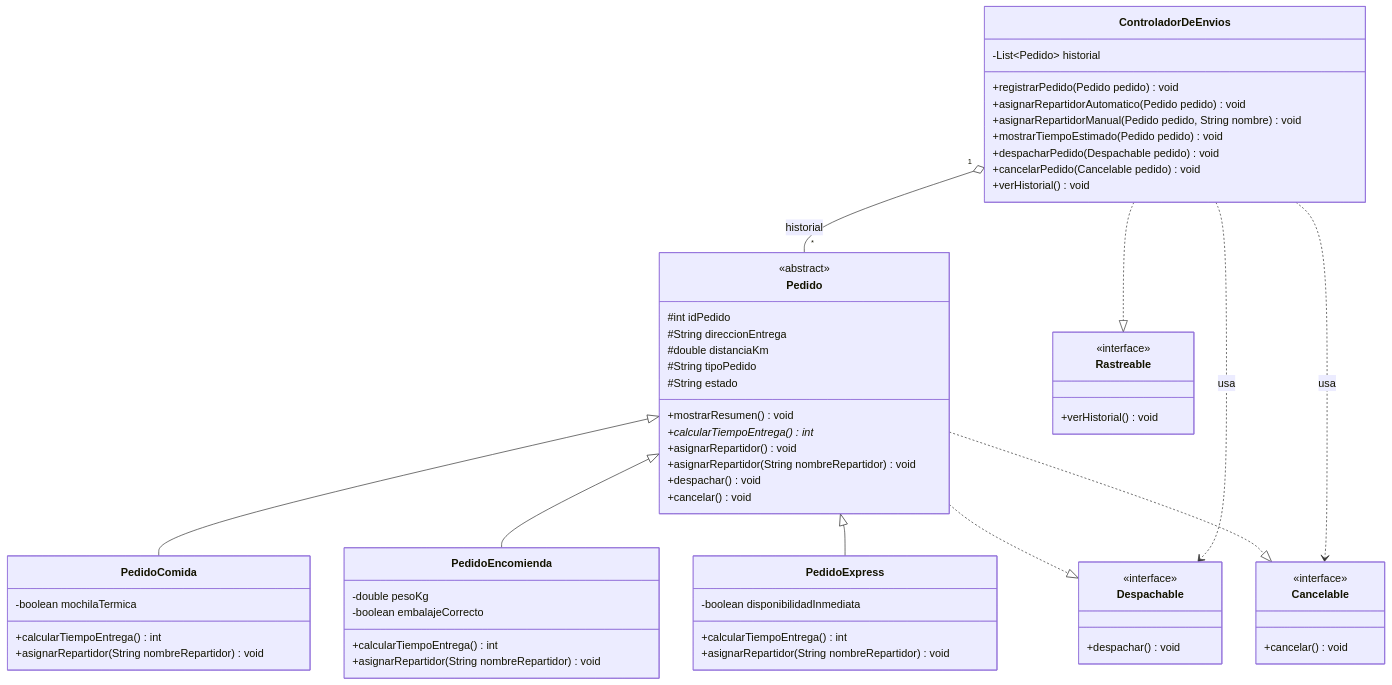
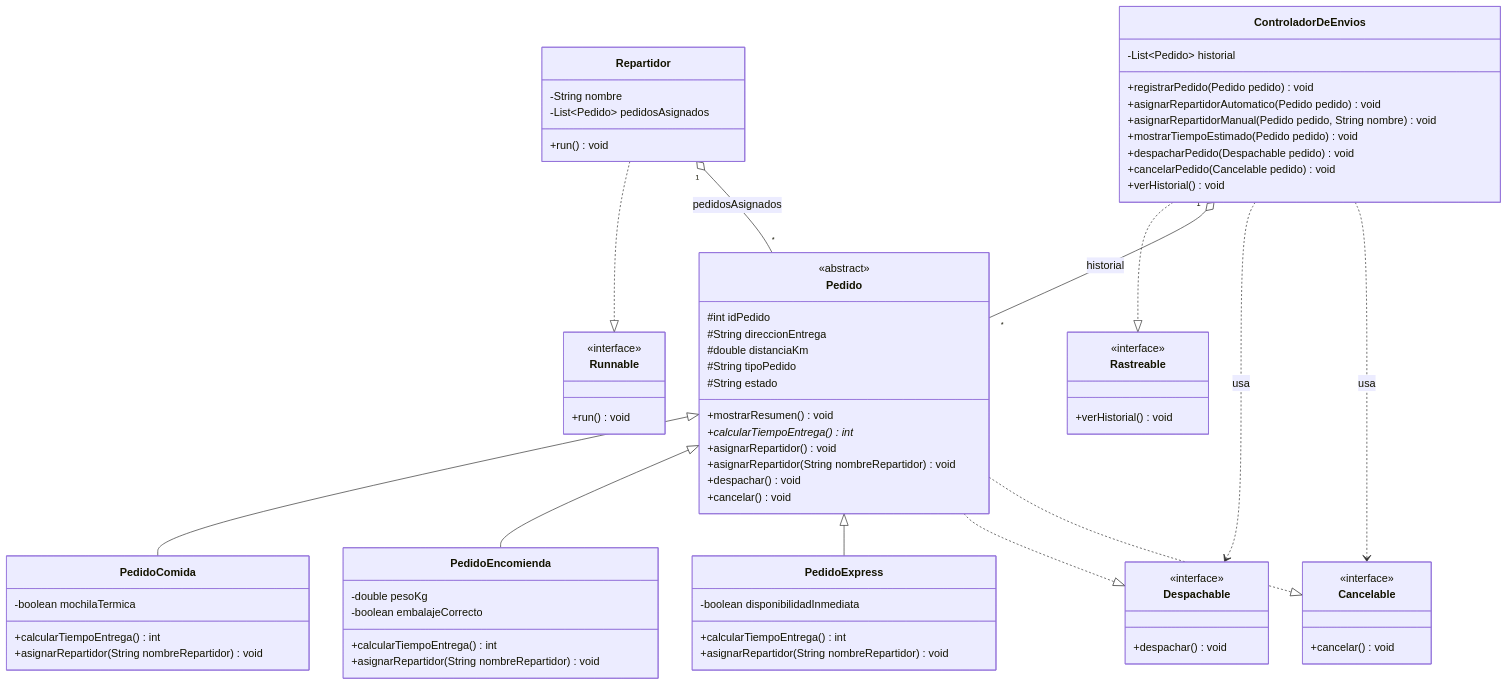
The diagram in README.md (SobrinoDev/Semana5_DesarrolloOrientado_a_Objetos2_GabrielUrra), drawn with Mermaid before and after one commit. The commit also changed other lines of this file and 5 other files, not shown here.

First line of the commit message:
Semana 4: entrega concurrente de pedidos con Repartidor y ExecutorService

````diff
--- a/README.md
+++ b/README.md
@@ -101,6 +107,17 @@
         +verHistorial() void
     }
 
+    class Repartidor {
+        -String nombre
+        -List~Pedido~ pedidosAsignados
+        +run() void
+    }
+
+    class Runnable {
+        <<interface>>
+        +run() void
+    }
+
     Pedido <|-- PedidoComida
     Pedido <|-- PedidoEncomienda
     Pedido <|-- PedidoExpress
@@ -110,4 +127,6 @@
     ControladorDeEnvios "1" o-- "*" Pedido : historial
     ControladorDeEnvios ..> Despachable : usa
     ControladorDeEnvios ..> Cancelable : usa
+    Repartidor ..|> Runnable
+    Repartidor "1" o-- "*" Pedido : pedidosAsignados
 ```
````
